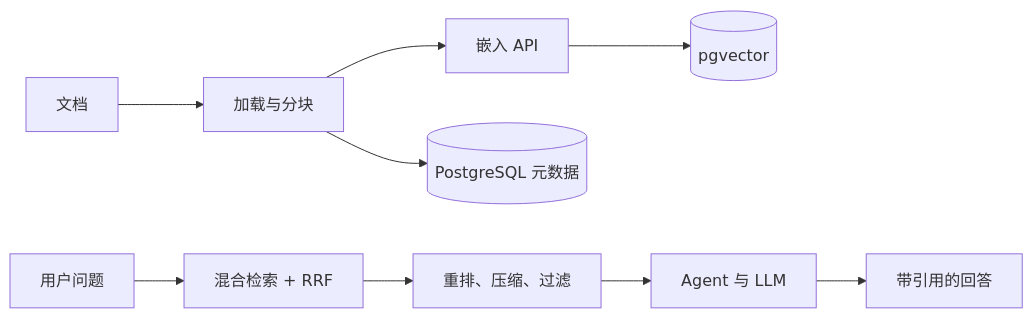
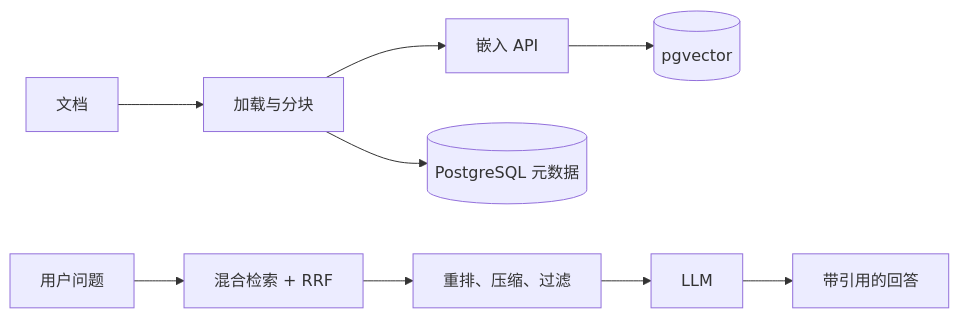
Before and after one commit to lg114/RagMate: the diagram in README_zh.md, drawn with Mermaid. The commit also changed other lines of this file and 16 other files, not shown here.

````diff
--- a/README_zh.md
+++ b/README_zh.md
@@ -197,11 +197,11 @@
 ```mermaid
 flowchart LR
     D[文档] --> P[加载与分块]
     P --> E[嵌入 API]
     E --> V[(pgvector)]
     P --> M[(PostgreSQL 元数据)]
     Q[用户问题] --> R[混合检索 + RRF]
     R --> RR[重排、压缩、过滤]
-    RR --> A[Agent 与 LLM]
+    RR --> A[LLM]
     A --> O[带引用的回答]
 ```
````
